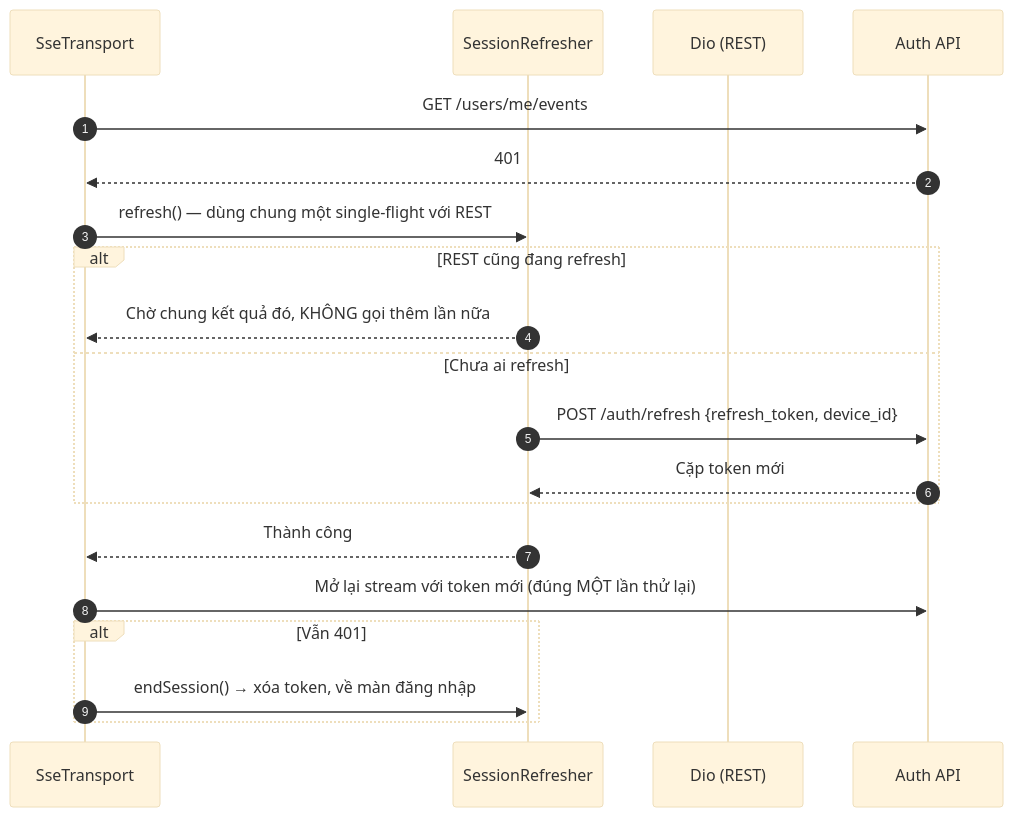
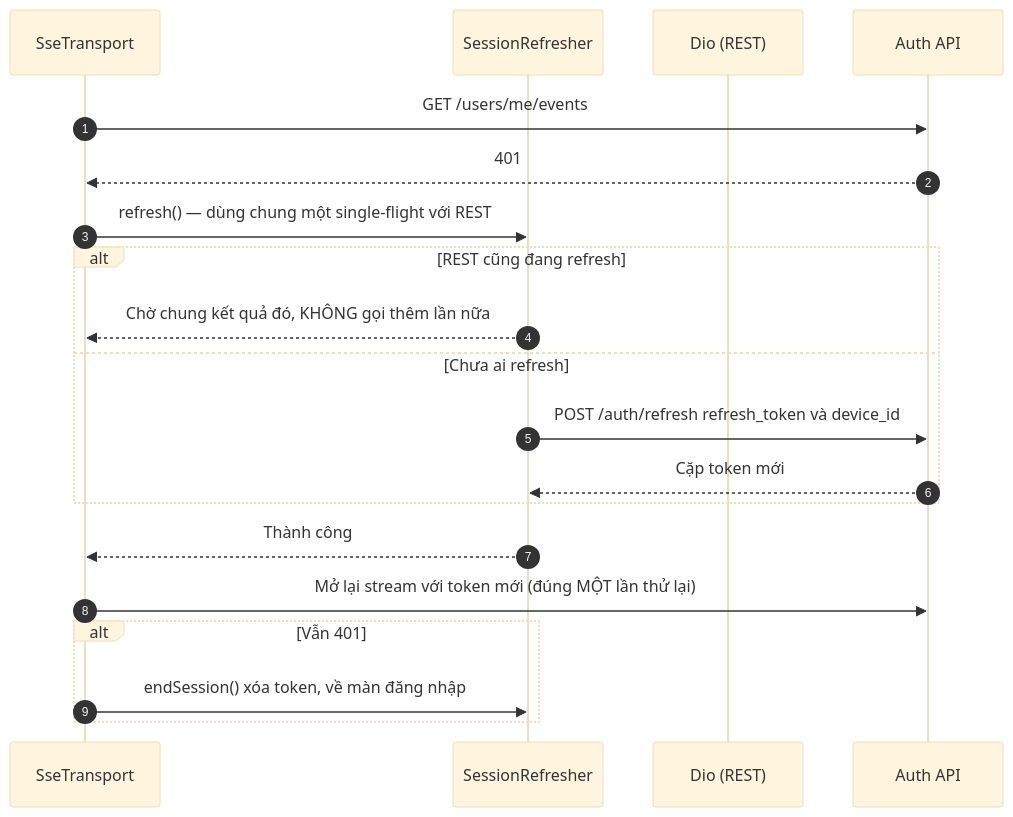
One commit to FintechVSF-Tranning/PaySplit-RP changed the seventh of 9 diagrams in flow/08-realtime.md. Above: the diagram before and after it, drawn with Mermaid (base theme). The commit also changed other lines of this file and 7 other files, not shown here.

First line of the commit message:
Refactor notification flow and admin management documentation

````diff
--- a/flow/08-realtime.md
+++ b/flow/08-realtime.md
@@ -276,23 +328,23 @@
 ```mermaid
 sequenceDiagram
     autonumber
     participant SSE as SseTransport
     participant SR as SessionRefresher
     participant REST as Dio (REST)
     participant API as Auth API
 
     SSE->>API: GET /users/me/events
     API-->>SSE: 401
     SSE->>SR: refresh() — dùng chung một single-flight với REST
     alt REST cũng đang refresh
         SR-->>SSE: Chờ chung kết quả đó, KHÔNG gọi thêm lần nữa
     else Chưa ai refresh
-        SR->>API: POST /auth/refresh {refresh_token, device_id}
+        SR->>API: POST /auth/refresh refresh_token và device_id
         API-->>SR: Cặp token mới
     end
     SR-->>SSE: Thành công
     SSE->>API: Mở lại stream với token mới (đúng MỘT lần thử lại)
     alt Vẫn 401
-        SSE->>SR: endSession() → xóa token, về màn đăng nhập
+        SSE->>SR: endSession() xóa token, về màn đăng nhập
     end
 ```
````
